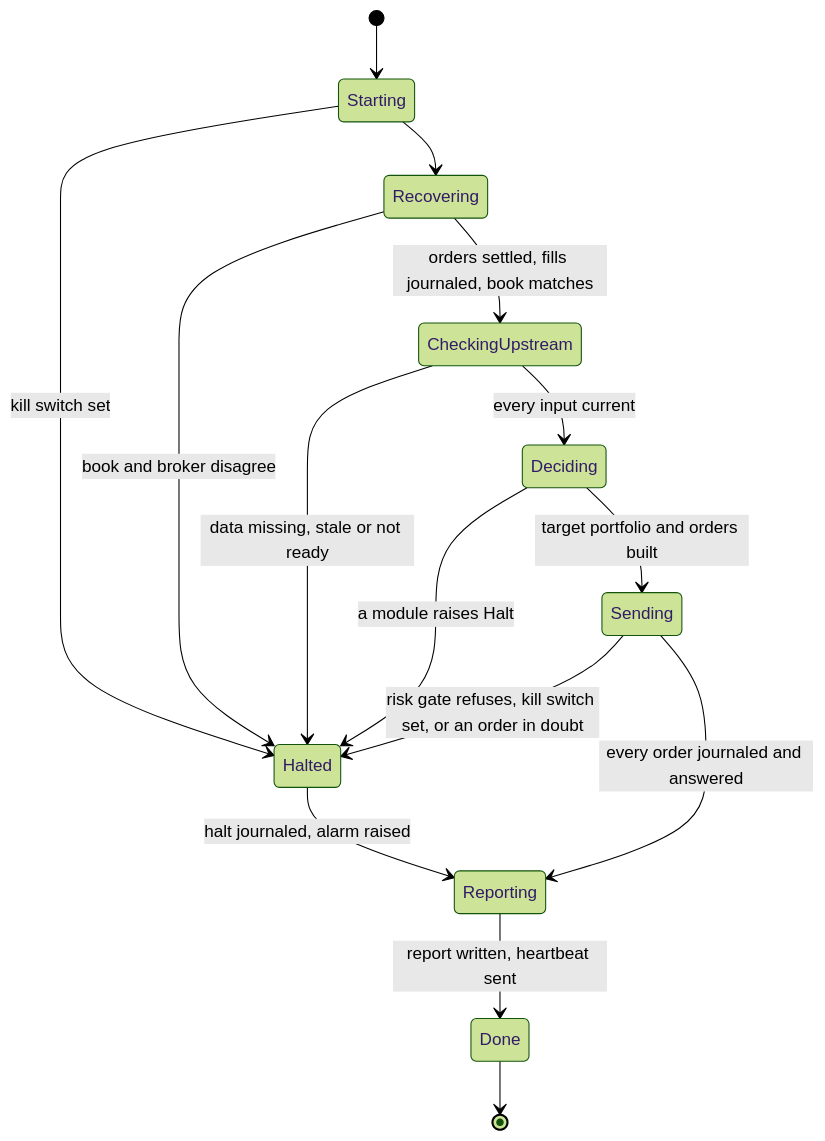
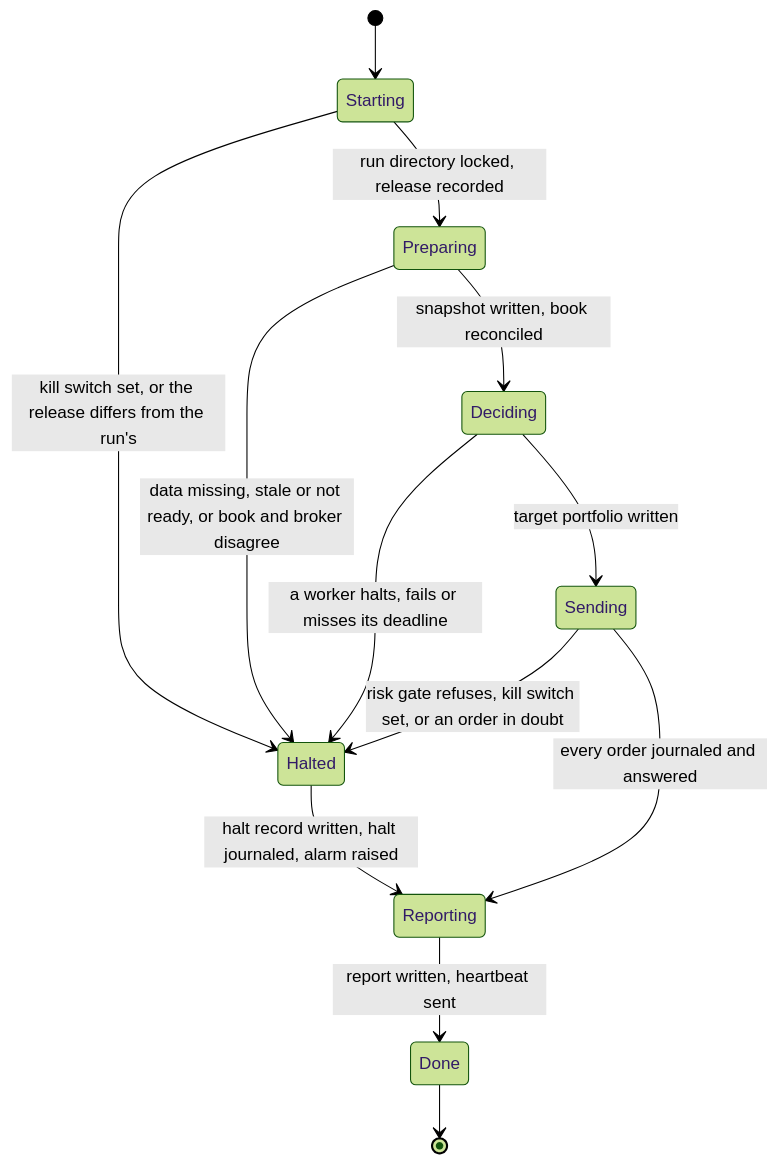
Before and after one commit to l3a0/ithildin-runtime: diagram 13 of 16 in docs/architecture.md, drawn with Mermaid (forest theme). The commit also changed other lines of this file and 2 other files, not shown here.

First line of the commit message:
docs(architecture): run each module as its own worker, passing files

````diff
--- a/docs/architecture.md
+++ b/docs/architecture.md
@@ -934,17 +1040,15 @@
 ```mermaid
 stateDiagram-v2
     [*] --> Starting
-    Starting --> Halted: kill switch set
-    Starting --> Recovering
-    Recovering --> Halted: book and broker disagree
-    Recovering --> CheckingUpstream: orders settled, fills journaled, book matches
-    CheckingUpstream --> Halted: data missing, stale or not ready
-    CheckingUpstream --> Deciding: every input current
-    Deciding --> Halted: a module raises Halt
-    Deciding --> Sending: target portfolio and orders built
+    Starting --> Halted: kill switch set, or the release differs from the run's
+    Starting --> Preparing: run directory locked, release recorded
+    Preparing --> Halted: data missing, stale or not ready, or book and broker disagree
+    Preparing --> Deciding: snapshot written, book reconciled
+    Deciding --> Halted: a worker halts, fails or misses its deadline
+    Deciding --> Sending: target portfolio written
     Sending --> Halted: risk gate refuses, kill switch set, or an order in doubt
     Sending --> Reporting: every order journaled and answered
-    Halted --> Reporting: halt journaled, alarm raised
+    Halted --> Reporting: halt record written, halt journaled, alarm raised
     Reporting --> Done: report written, heartbeat sent
     Done --> [*]
 ```
````
